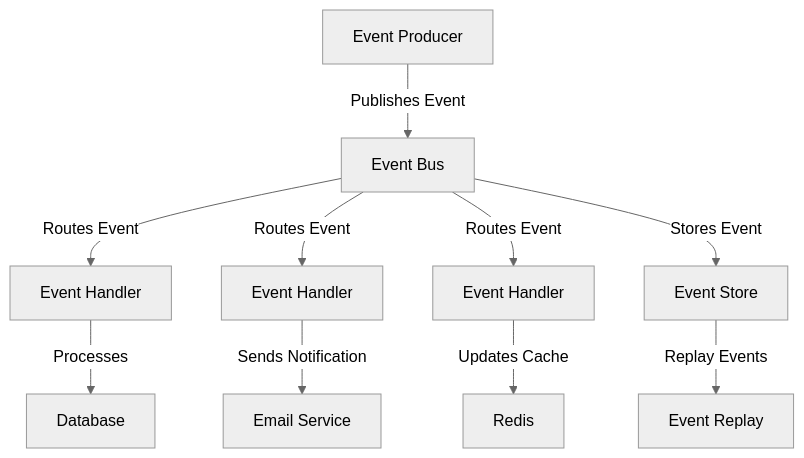
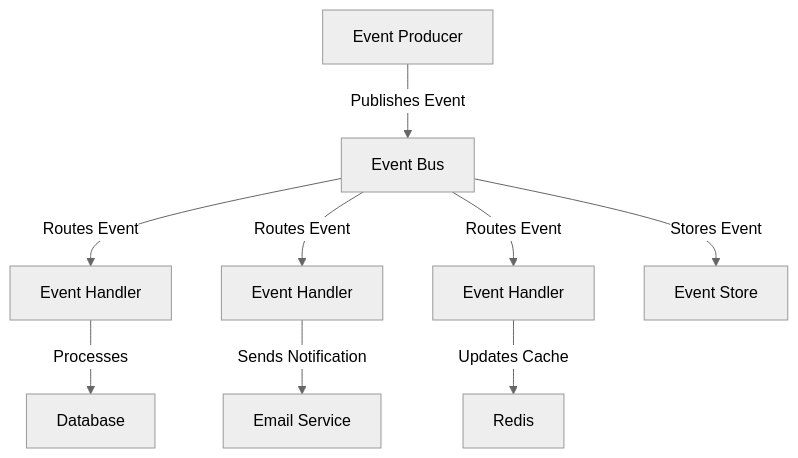
One commit to 17kaushalsingh/Roadmap-Learning changed the fourth of 9 diagrams in API Design/09_API_Integration_Patterns.md. Above: the diagram before and after it, drawn with Mermaid (neutral theme). The commit also changed other lines of this file, not shown here.

````diff
--- a/API Design/09_API_Integration_Patterns.md
+++ b/API Design/09_API_Integration_Patterns.md
@@ -218,14 +123,13 @@
 ```mermaid
 flowchart TD
     A[Event Producer] -->|Publishes Event| B[Event Bus]
     B -->|Routes Event| C[Event Handler]
     B -->|Routes Event| D[Event Handler]
     B -->|Routes Event| E[Event Handler]
 
     C -->|Processes| F[Database]
     D -->|Sends Notification| G[Email Service]
     E -->|Updates Cache| H[Redis]
 
     B -->|Stores Event| I[Event Store]
-    I -->|Replay Events| J[Event Replay]
 ```
````
